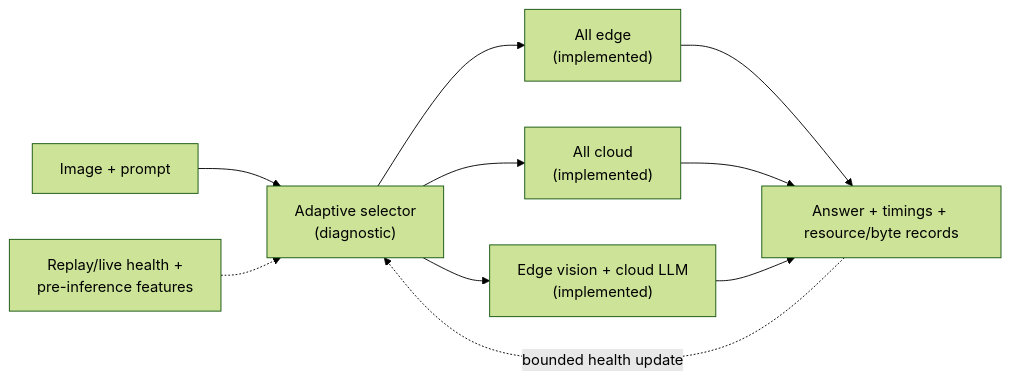
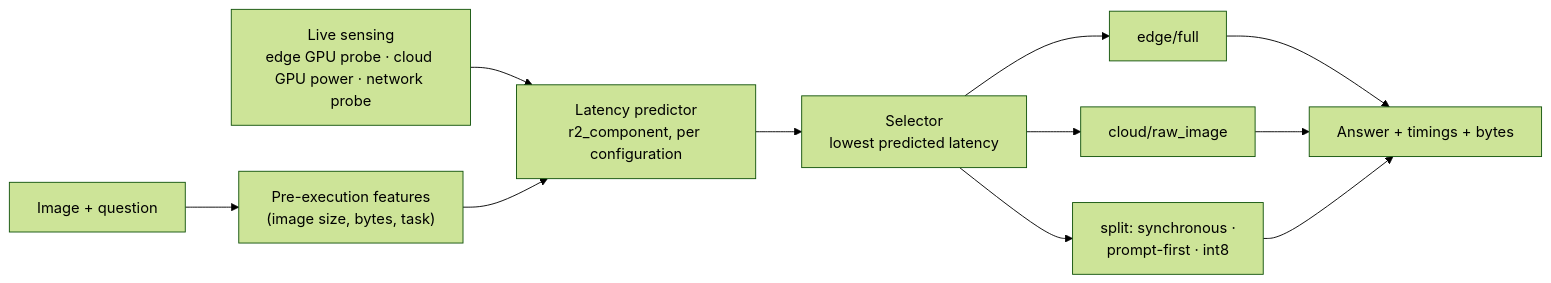
One commit to amaherr/adaptive-edge-cloud-vlm changed the diagram in README.md. Above: the diagram before and after it, drawn with Mermaid (forest theme). The commit also changed other lines of this file and 37 other files, not shown here.

````diff
--- a/README.md
+++ b/README.md
@@ -24,12 +24,13 @@
-~~~mermaid
+```mermaid
 flowchart LR
-    R["Image + prompt"] --> S["Adaptive selector<br/>(diagnostic)"]
-    T["Replay/live health +<br/>pre-inference features"] -.-> S
-    S --> E["All edge<br/>(implemented)"]
-    S --> C["All cloud<br/>(implemented)"]
-    S --> D["Edge vision + cloud LLM<br/>(implemented)"]
-    E --> O["Answer + timings + resource/byte records"]
-    C --> O
-    D --> O
-    O -. "bounded health update" .-> S
-~~~
+    R["Image + question"] --> F["Pre-execution features<br/>(image size, bytes, task)"]
+    S["Live sensing<br/>edge GPU probe · cloud GPU power · network probe"] --> P
+    F --> P["Latency predictor<br/>r2_component, per configuration"]
+    P --> Sel["Selector<br/>lowest predicted latency"]
+    Sel --> E["edge/full"]
+    Sel --> C["cloud/raw_image"]
+    Sel --> D["split: synchronous ·<br/>prompt-first · int8"]
+    E --> A["Answer + timings + bytes"]
+    C --> A
+    D --> A
+```
````
